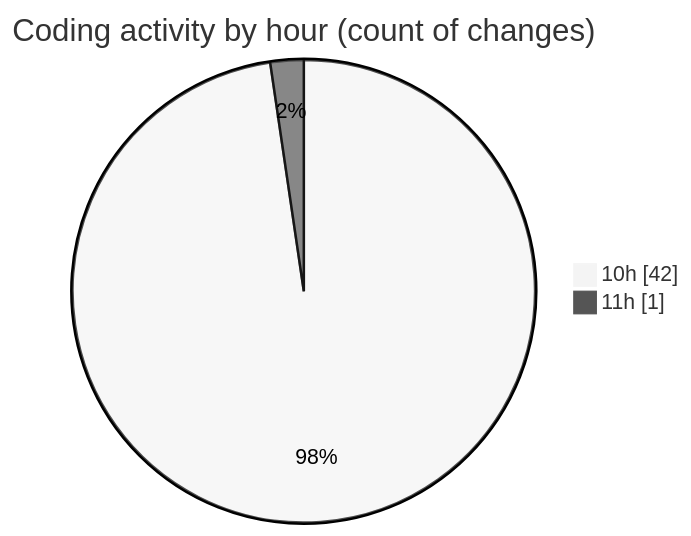
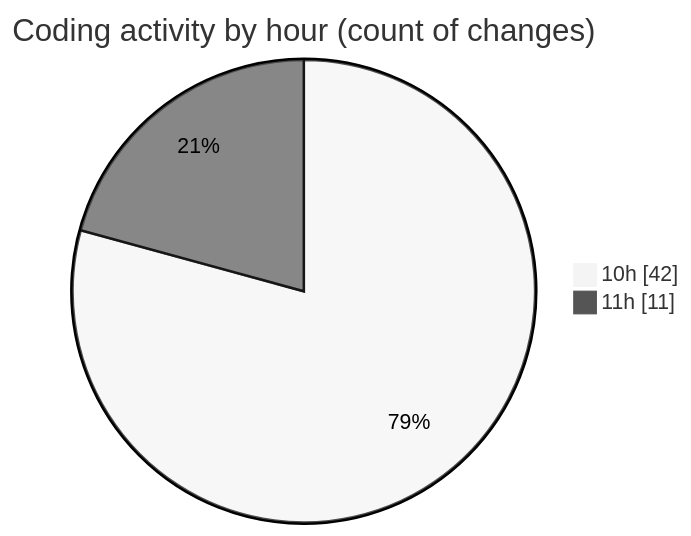
Before and after one commit to CELIANVF/code-tracking: the second of 2 diagrams in 2025-05-15/ecodeli-1/README.md, drawn with Mermaid (neutral theme). The commit also changed other lines of this file and 1 other file, not shown here.

````diff
--- a/2025-05-15/ecodeli-1/README.md
+++ b/2025-05-15/ecodeli-1/README.md
@@ -49,6 +52,6 @@
 ```mermaid
 pie showData
 title Coding activity by hour (count of changes)
 "10h" : 42
-"11h" : 1
+"11h" : 11
 ```
````
